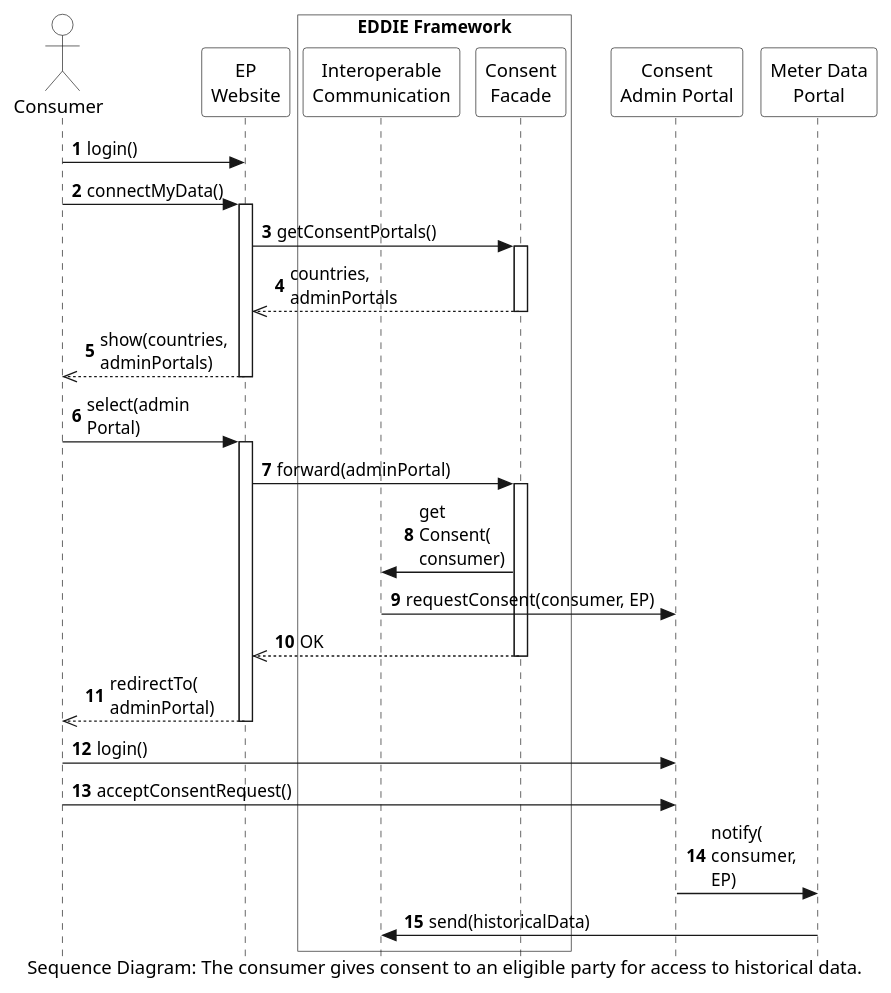
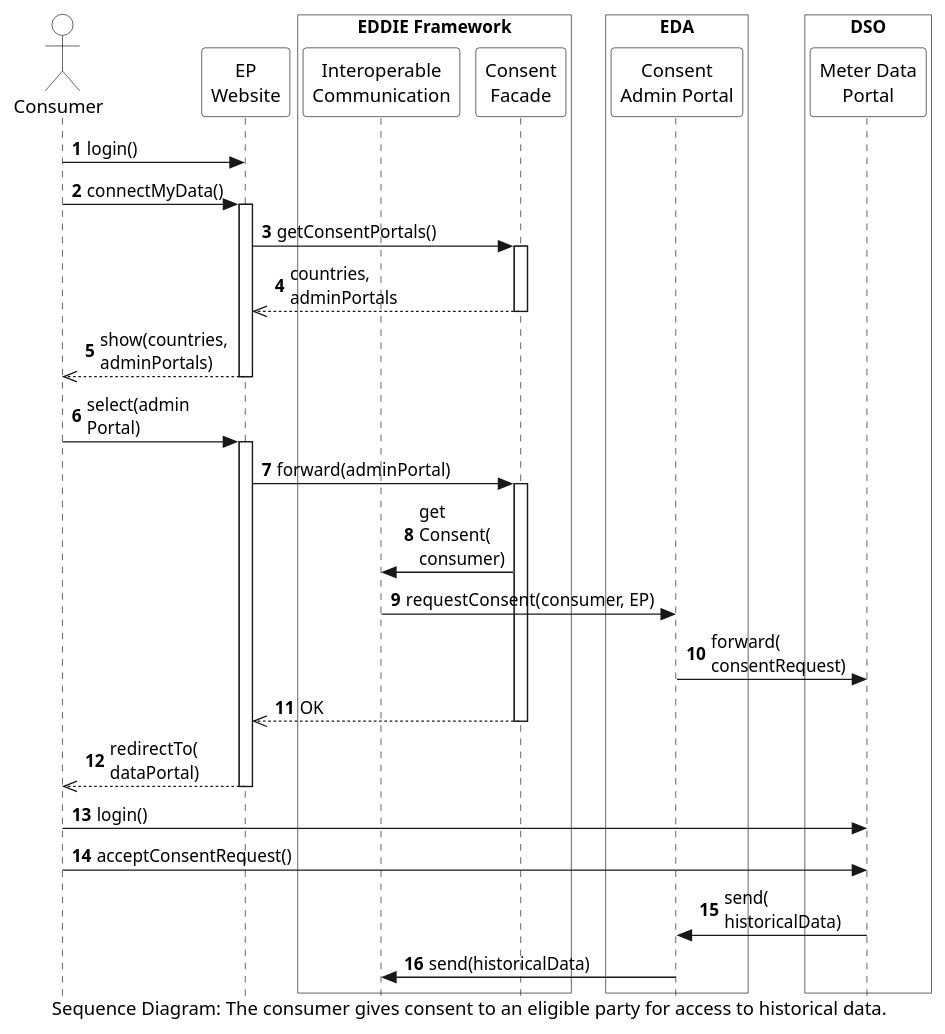
The diagram in arc42/06-runtime-view/access-to-historical-data/eligible-party-gets-historical-data-austria/figures/get-historical-data-austria.puml (eddie-energy/architecture), drawn with PlantUML before and after one commit. The commit also changed 7 other files, not shown here.

Commit message:
Update seq diagram of historical data for austria

```diff
--- a/arc42/06-runtime-view/access-to-historical-data/eligible-party-gets-historical-data-austria/figures/get-historical-data-austria.puml
+++ b/arc42/06-runtime-view/access-to-historical-data/eligible-party-gets-historical-data-austria/figures/get-historical-data-austria.puml
@@ -1,49 +1,54 @@
 @startuml get-historical-data-austria
 'sequence diagram
 caption Sequence Diagram: The consumer gives consent to an eligible party for access to historical data.
 
 skinparam style strictuml
 skinparam sequence {
   ParticipantBackgroundColor transparent
   ActorBackgroundColor transparent
 }
 
 autonumber
 
 actor "Consumer" as user
 participant "EP\nWebsite" as website
 box "EDDIE Framework" #transparent
   participant "Consent\nFacade" as facade
   participant "Interoperable\nCommunication" as comm
   participant "Consent\nFacade" as facade
 end box
+box "EDA" #transparent
 participant "Consent\nAdmin Portal" as adminPortal
+end box
+box "DSO" #transparent
 participant "Meter Data\nPortal" as dataPortal
+end box
 
 user -> website : login()
 user -> website : connectMyData()
 activate website
   website -> facade : getConsentPortals()
     activate facade
     facade -->> website : countries,\nadminPortals
   deactivate facade
   website -->> user : show(countries,\nadminPortals)
 deactivate website
 
 user -> website : select(admin\nPortal)
 activate website
   website -> facade : forward(adminPortal)
   activate facade
     facade -> comm : get\nConsent(\nconsumer)
     comm -> adminPortal : requestConsent(consumer, EP)
+    adminPortal -> dataPortal : forward(\nconsentRequest)
     facade -->> website : OK
   deactivate facade
-  website -->> user : redirectTo(\nadminPortal)
+  website -->> user : redirectTo(\ndataPortal)
 deactivate website
 
-user -> adminPortal : login()
-user -> adminPortal : acceptConsentRequest()
-adminPortal -> dataPortal : notify(\nconsumer,\nEP)
-dataPortal -> comm : send(historicalData)
+user -> dataPortal : login()
+user -> dataPortal : acceptConsentRequest()
+dataPortal -> adminPortal : send(\nhistoricalData)
+adminPortal -> comm : send(historicalData)
 
 @enduml
```
